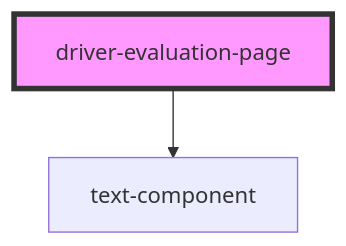
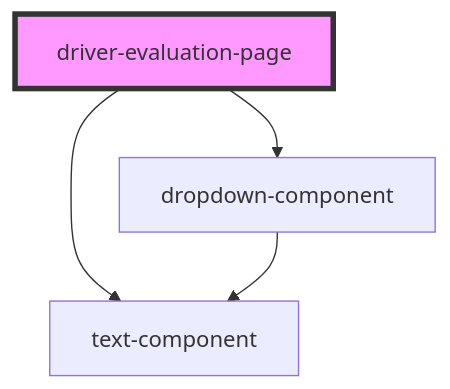
One commit to design-system-dev/scania-dev-test changed the diagram in packages/components/src/pages/driver-evaluation-page/readme.md. Above: the diagram before and after it, drawn with Mermaid. The commit also changed other lines of this file and 2 other files, not shown here.

Commit message:
feat(driver-evaluation-page): add dropdown

````diff
--- a/packages/components/src/pages/driver-evaluation-page/readme.md
+++ b/packages/components/src/pages/driver-evaluation-page/readme.md
@@ -15,5 +16,7 @@
 ```mermaid
 graph TD;
   driver-evaluation-page --> text-component
+  driver-evaluation-page --> dropdown-component
+  dropdown-component --> text-component
   style driver-evaluation-page fill:#f9f,stroke:#333,stroke-width:4px
 ```
````
